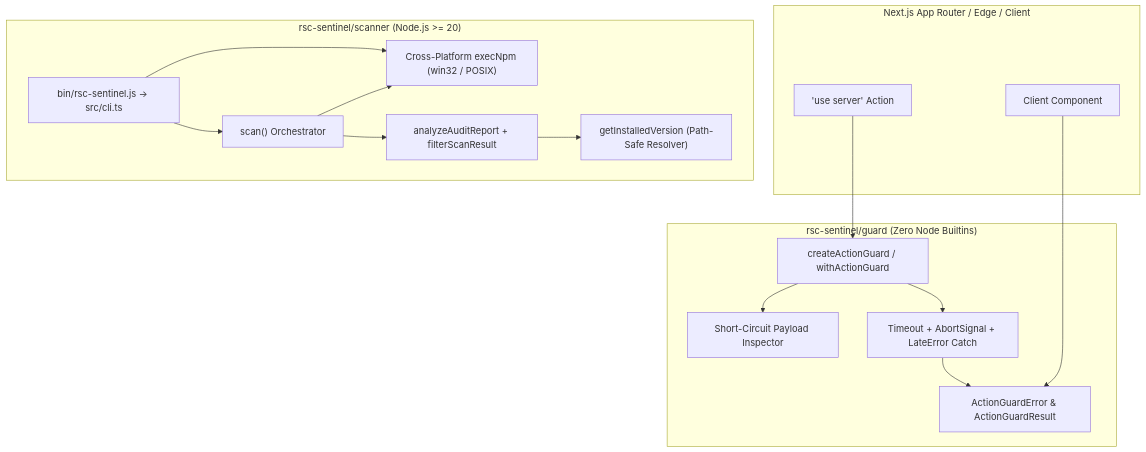
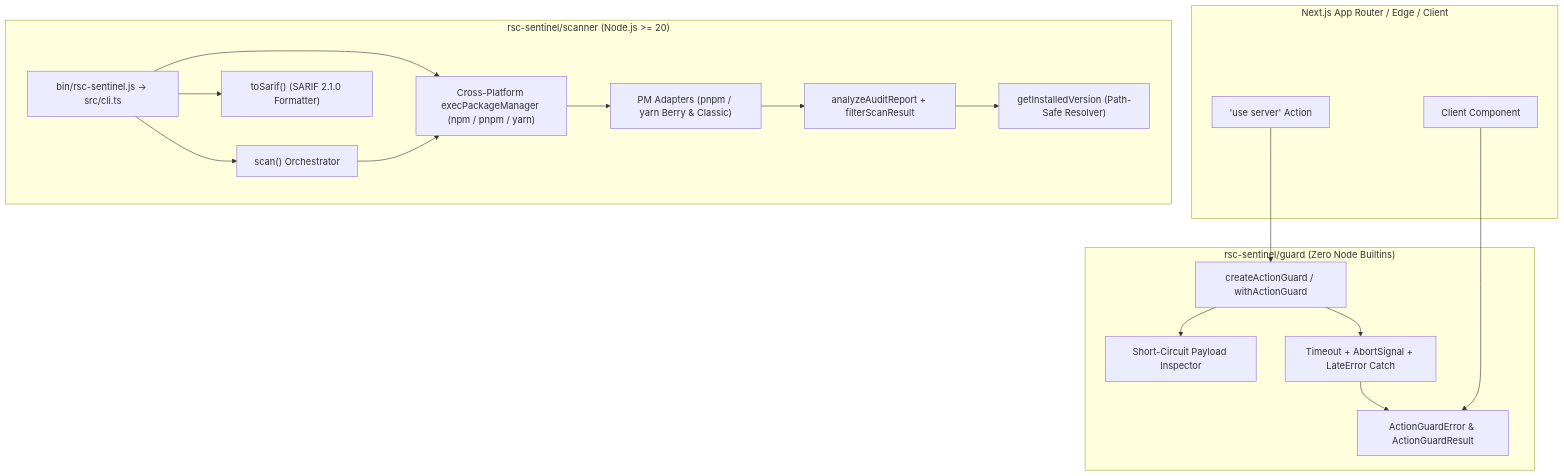
The diagram in docs/architecture.md (AbdullahJan-007/rsc-sentinel), drawn with Mermaid before and after one commit. The commit also changed other lines of this file and 5 other files, not shown here.

Commit message:
docs: sync PRD, architecture, design, rules, memory and tracker with latest v0.2.0 updates

````diff
--- a/docs/architecture.md
+++ b/docs/architecture.md
@@ -7,34 +7,38 @@
 ```mermaid
 flowchart TD
     subgraph NextApp["Next.js App Router / Edge / Client"]
         SA["'use server' Action"]
         CC["Client Component"]
     end
 
     subgraph GuardPkg["rsc-sentinel/guard (Zero Node Builtins)"]
         CAG["createActionGuard / withActionGuard"]
         INSP["Short-Circuit Payload Inspector"]
         TO["Timeout + AbortSignal + LateError Catch"]
         ERR["ActionGuardError & ActionGuardResult"]
     end
 
     subgraph ScannerPkg["rsc-sentinel/scanner (Node.js >= 20)"]
         CLI["bin/rsc-sentinel.js -> src/cli.ts"]
         SCAN["scan() Orchestrator"]
-        RUNNER["Cross-Platform execNpm (win32 / POSIX)"]
+        RUNNER["Cross-Platform execPackageManager (npm / pnpm / yarn)"]
+        ADAPT["PM Adapters (pnpm / yarn Berry & Classic)"]
         ANALYZE["analyzeAuditReport + filterScanResult"]
         VER["getInstalledVersion (Path-Safe Resolver)"]
+        SARIF["toSarif() (SARIF 2.1.0 Formatter)"]
     end
 
     SA --> CAG
     CC --> ERR
     CAG --> INSP
     CAG --> TO
     TO --> ERR
 
     CLI --> SCAN
+    CLI --> SARIF
     CLI --> RUNNER
     SCAN --> RUNNER
-    SCAN --> ANALYZE
+    RUNNER --> ADAPT
+    ADAPT --> ANALYZE
     ANALYZE --> VER
 ```
````
